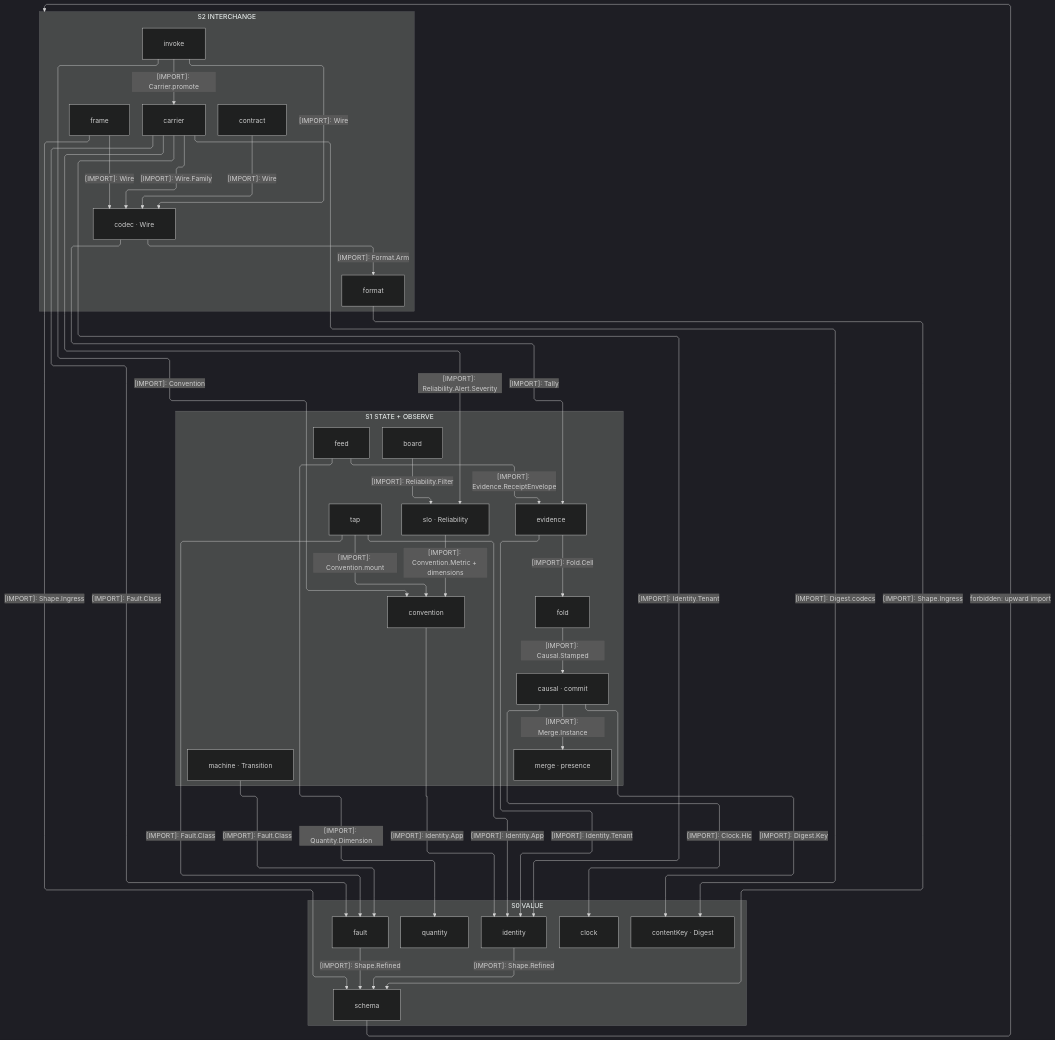
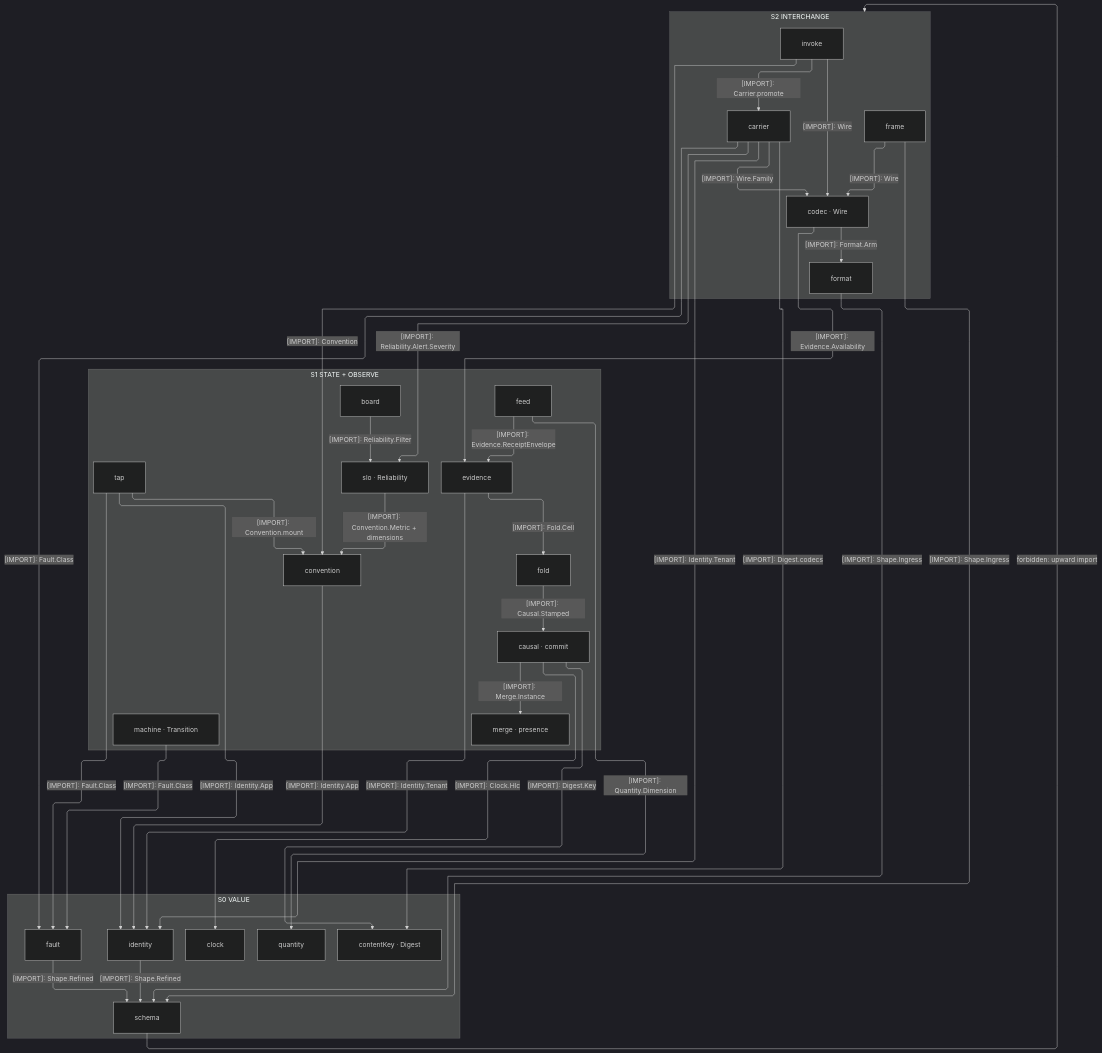
The first of 4 diagrams in libs/typescript/core/ARCHITECTURE.md (bsamiee/Rasm), drawn with Mermaid (dark theme) before and after one commit. The commit also changed other lines of this file and 820 other files, not shown here.

````diff
--- a/libs/typescript/core/ARCHITECTURE.md
+++ b/libs/typescript/core/ARCHITECTURE.md
@@ -52,72 +52,70 @@
 ```mermaid
 ---
 config:
   layout: elk
   flowchart:
     curve: linear
     padding: 25
 ---
 flowchart TB
     accTitle: Core interior import strata
     accDescr: How the interior sub-domains rank onto the value floor, every import downward.
     subgraph S2["S2 INTERCHANGE"]
         Invoke[invoke]
         CarrierP[carrier]
-        Contract[contract]
         Codec[codec · Wire]
         Format[format]
         Frame[frame]
     end
     subgraph S1["S1 STATE + OBSERVE"]
         Tap[tap]
         Board[board]
         Reliability[slo · Reliability]
         Convention[convention]
         Feed[feed]
         Evidence[evidence]
         Transition[machine · Transition]
         Fold[fold]
         Causal["causal · commit"]
         Merge["merge · presence"]
     end
     subgraph S0["S0 VALUE"]
         Identity[identity]
         Quantity[quantity]
         Clock[clock]
         Digest[contentKey · Digest]
         Schema[schema]
         Fault[fault]
     end
     Codec e1@-->|"[IMPORT]: Format.Arm"| Format
-    Codec e2@-->|"[IMPORT]: Tally"| Evidence
+    Codec e2@-->|"[IMPORT]: Evidence.Availability"| Evidence
     Frame e3@-->|"[IMPORT]: Wire"| Codec
     Frame e4@-->|"[IMPORT]: Shape.Ingress"| Schema
-    Contract e5@-->|"[IMPORT]: Wire"| Codec
     Invoke e6@-->|"[IMPORT]: Wire"| Codec
     Invoke e7@-->|"[IMPORT]: Carrier.promote"| CarrierP
     Invoke e8@-->|"[IMPORT]: Convention"| Convention
     CarrierP e9@-->|"[IMPORT]: Wire.Family"| Codec
     CarrierP e10@-->|"[IMPORT]: Identity.Tenant"| Identity
     CarrierP e11@-->|"[IMPORT]: Digest.codecs"| Digest
     CarrierP e12@-->|"[IMPORT]: Fault.Class"| Fault
     CarrierP e13@-->|"[IMPORT]: Reliability.Alert.Severity"| Reliability
     Format e14@-->|"[IMPORT]: Shape.Ingress"| Schema
     Causal e15@-->|"[IMPORT]: Clock.Hlc"| Clock
     Causal e16@-->|"[IMPORT]: Merge.Instance"| Merge
     Causal e17@-->|"[IMPORT]: Digest.Key"| Digest
     Fold e18@-->|"[IMPORT]: Causal.Stamped"| Causal
     Evidence e19@-->|"[IMPORT]: Fold.Cell"| Fold
     Evidence e20@-->|"[IMPORT]: Identity.Tenant"| Identity
     Feed e21@-->|"[IMPORT]: Evidence.ReceiptEnvelope"| Evidence
     Feed e22@-->|"[IMPORT]: Quantity.Dimension"| Quantity
     Transition e23@-->|"[IMPORT]: Fault.Class"| Fault
     Reliability e24@-->|"[IMPORT]: Convention.Metric + dimensions"| Convention
     Tap e25@-->|"[IMPORT]: Convention.mount"| Convention
     Tap e26@-->|"[IMPORT]: Fault.Class"| Fault
     Tap e27@-->|"[IMPORT]: Identity.App"| Identity
     Board e28@-->|"[IMPORT]: Reliability.Filter"| Reliability
     Convention e29@-->|"[IMPORT]: Identity.App"| Identity
     Identity e30@-->|"[IMPORT]: Shape.Refined"| Schema
     Fault e31@-->|"[IMPORT]: Shape.Refined"| Schema
     Schema f1@-->|"forbidden: upward import"| S2
 ```
````
